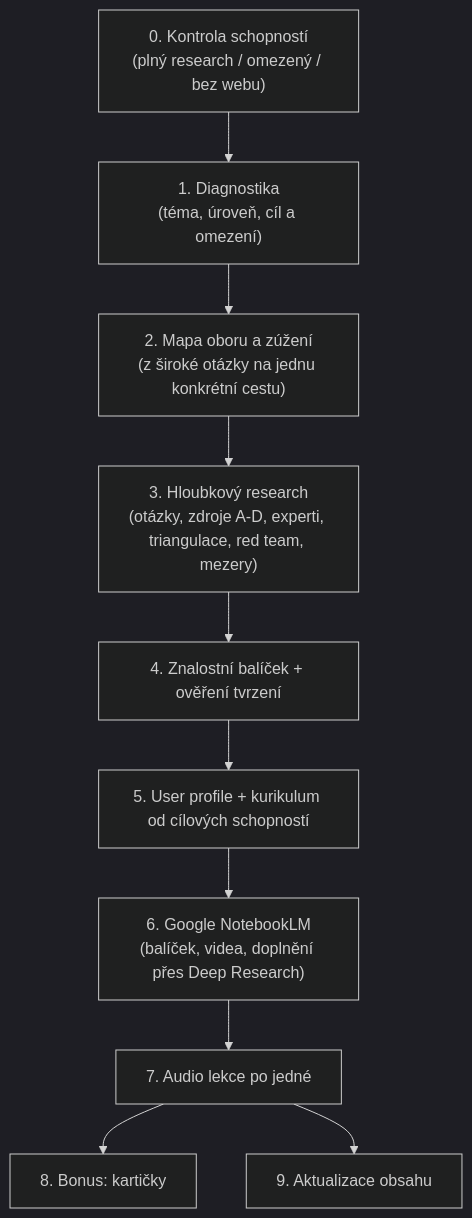
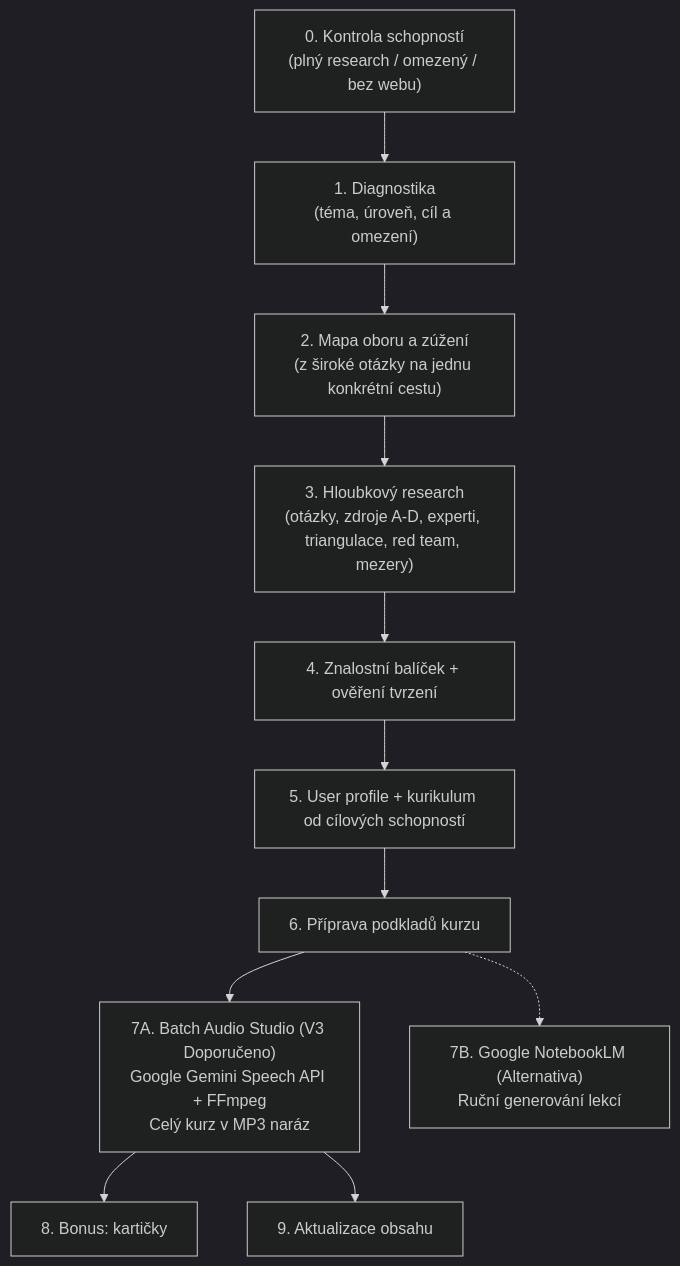
One commit to jardaakarb/learning-system-agent changed the diagram in README.md. Above: the diagram before and after it, drawn with Mermaid (dark theme). The commit also changed other lines of this file and 4 other files, not shown here.

Commit message:
Release v3.0.0: Automated Batch Audio Studio with Google Gemini Speech API and FFmpeg

````diff
--- a/README.md
+++ b/README.md
@@ -33,12 +34,13 @@
 ```mermaid
 flowchart TD
     A0["0. Kontrola schopností\n(plný research / omezený / bez webu)"] --> A["1. Diagnostika\n(téma, úroveň, cíl a omezení)"]
     A --> B["2. Mapa oboru a zúžení\n(z široké otázky na jednu konkrétní cestu)"]
     B --> C["3. Hloubkový research\n(otázky, zdroje A-D, experti, triangulace, red team, mezery)"]
     C --> D["4. Znalostní balíček + ověření tvrzení"]
     D --> E["5. User profile + kurikulum od cílových schopností"]
-    E --> F["6. Google NotebookLM\n(balíček, videa, doplnění přes Deep Research)"]
-    F --> G["7. Audio lekce po jedné"]
-    G --> H["8. Bonus: kartičky"]
-    G --> I["9. Aktualizace obsahu"]
+    E --> F["6. Příprava podkladů kurzu"]
+    F --> G1["7A. Batch Audio Studio (V3 Doporučeno)\nGoogle Gemini Speech API + FFmpeg\nCelý kurz v MP3 naráz"]
+    F -.-> G2["7B. Google NotebookLM (Alternativa)\nRuční generování lekcí"]
+    G1 --> H["8. Bonus: kartičky"]
+    G1 --> I["9. Aktualizace obsahu"]
 ```
````
